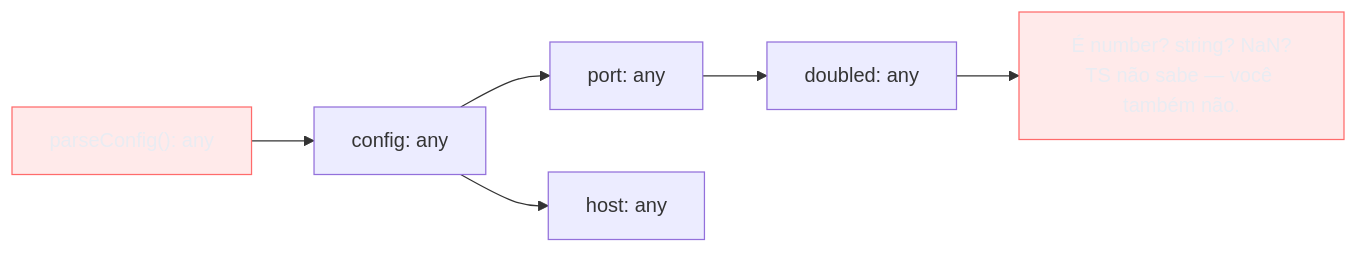
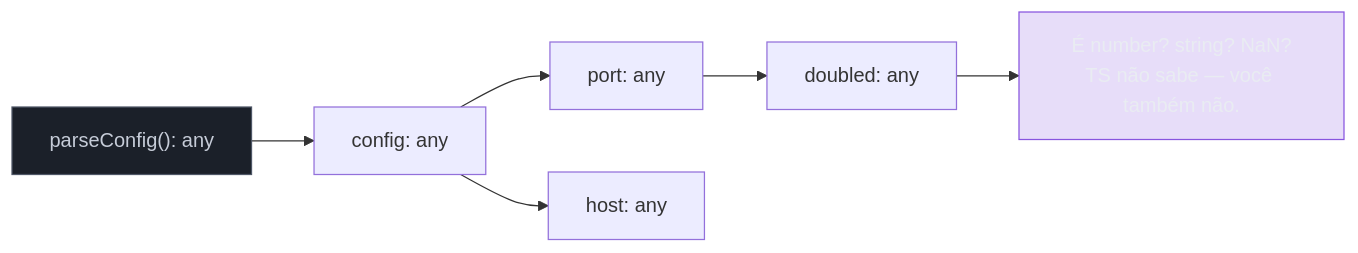
The second of 4 diagrams in 03-Dominios/Tecnologia/TypeScript/04 - any, unknown e never.md (josenaldo/codex-technomanticus), drawn with Mermaid before and after one commit. The commit also changed other lines of this file and 601 other files, not shown here.

````diff
--- a/03-Dominios/Tecnologia/TypeScript/04 - any, unknown e never.md
+++ b/03-Dominios/Tecnologia/TypeScript/04 - any, unknown e never.md
@@ -106,11 +106,12 @@
 ```mermaid
 flowchart LR
-    classDef falha fill:#FF6B6B24,stroke:#FF6B6B,color:#E9ECF2
+    classDef marca fill:#8855DF33,stroke:#8855DF,color:#E9ECF2
+    classDef neutro fill:#1B2029,stroke:#4E5666,color:#C6CCD8
     F["parseConfig(): any"] --> A["config: any"]
     A --> B["port: any"]
     A --> C["host: any"]
     B --> D["doubled: any"]
     D --> E["É number? string? NaN?<br/>TS não sabe — você também não."]
-    class F falha
-    class E falha
+    class F neutro
+    class E marca
 ```
````
